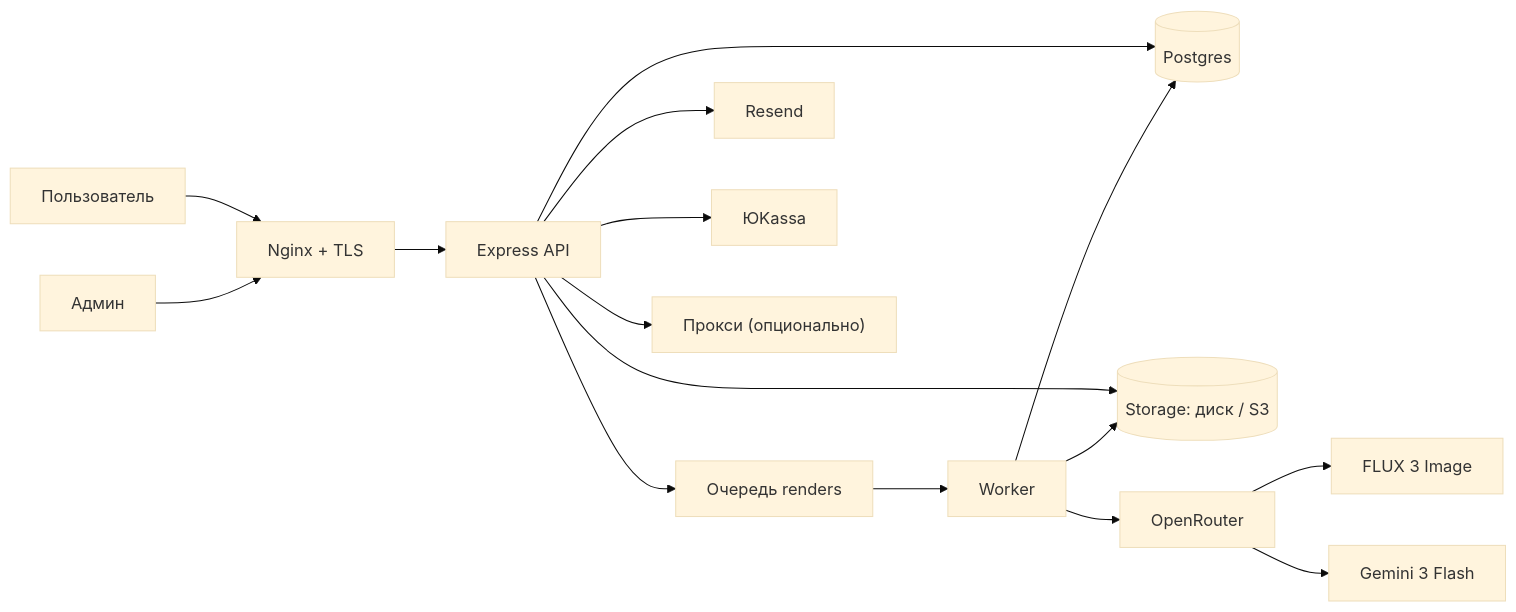
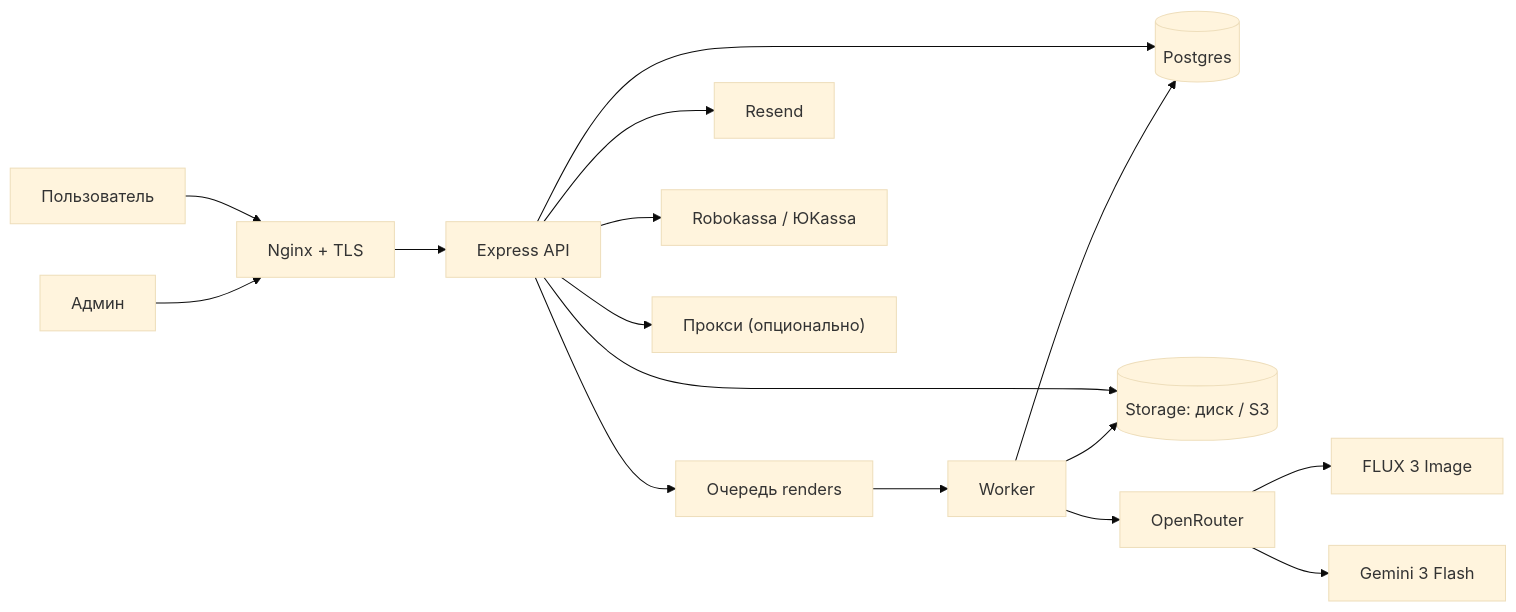
Before and after one commit to oblacko/remontvision: the first of 2 diagrams in docs/ARCHITECTURE.md, drawn with Mermaid (base theme). The commit also changed other lines of this file and 14 other files, not shown here.

````diff
--- a/docs/ARCHITECTURE.md
+++ b/docs/ARCHITECTURE.md
@@ -7,18 +7,18 @@
 ```mermaid
 flowchart LR
   U["Пользователь"] --> N["Nginx + TLS"]
   A["Админ"] --> N
   N --> E["Express API"]
   E --> P[("Postgres")]
   E --> F[("Storage: диск / S3")]
   E --> Q["Очередь renders"]
   Q --> W["Worker"]
   W --> P
   W --> F
   W --> O["OpenRouter"]
   O --> S["FLUX 3 Image"]
   O --> G["Gemini 3 Flash"]
   E --> R["Resend"]
-  E --> Y["ЮKassa"]
+  E --> Y["Robokassa / ЮKassa"]
   E --> X["Прокси (опционально)"]
 ```
````
